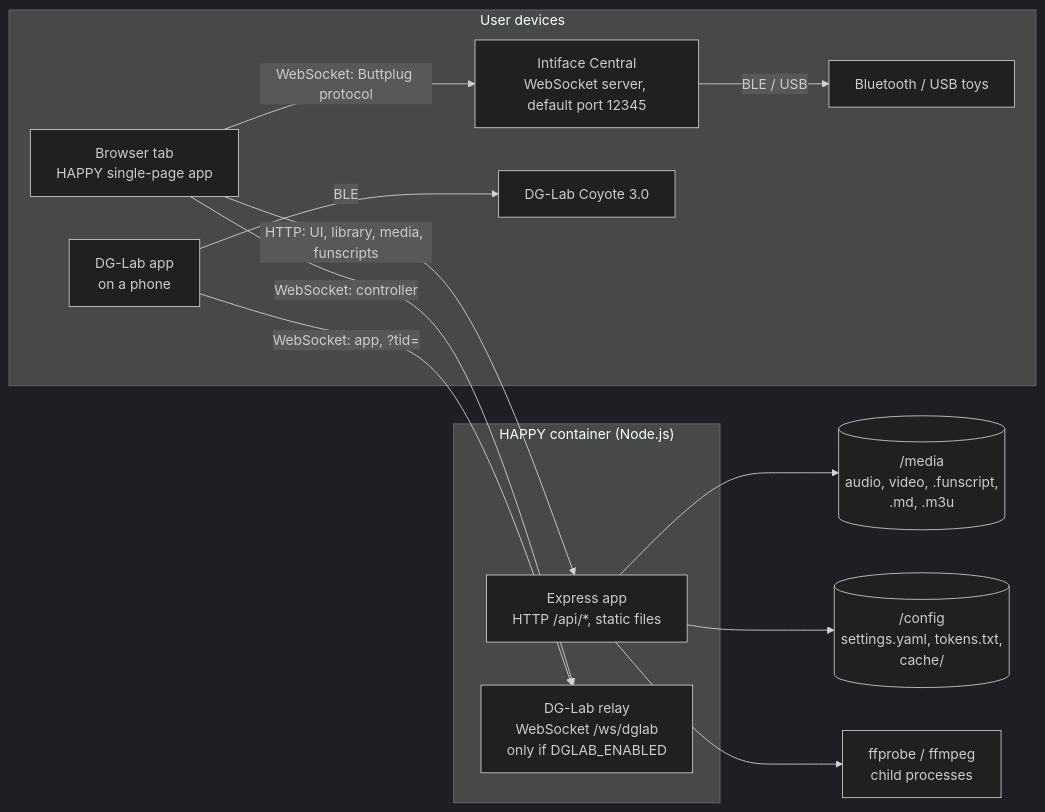
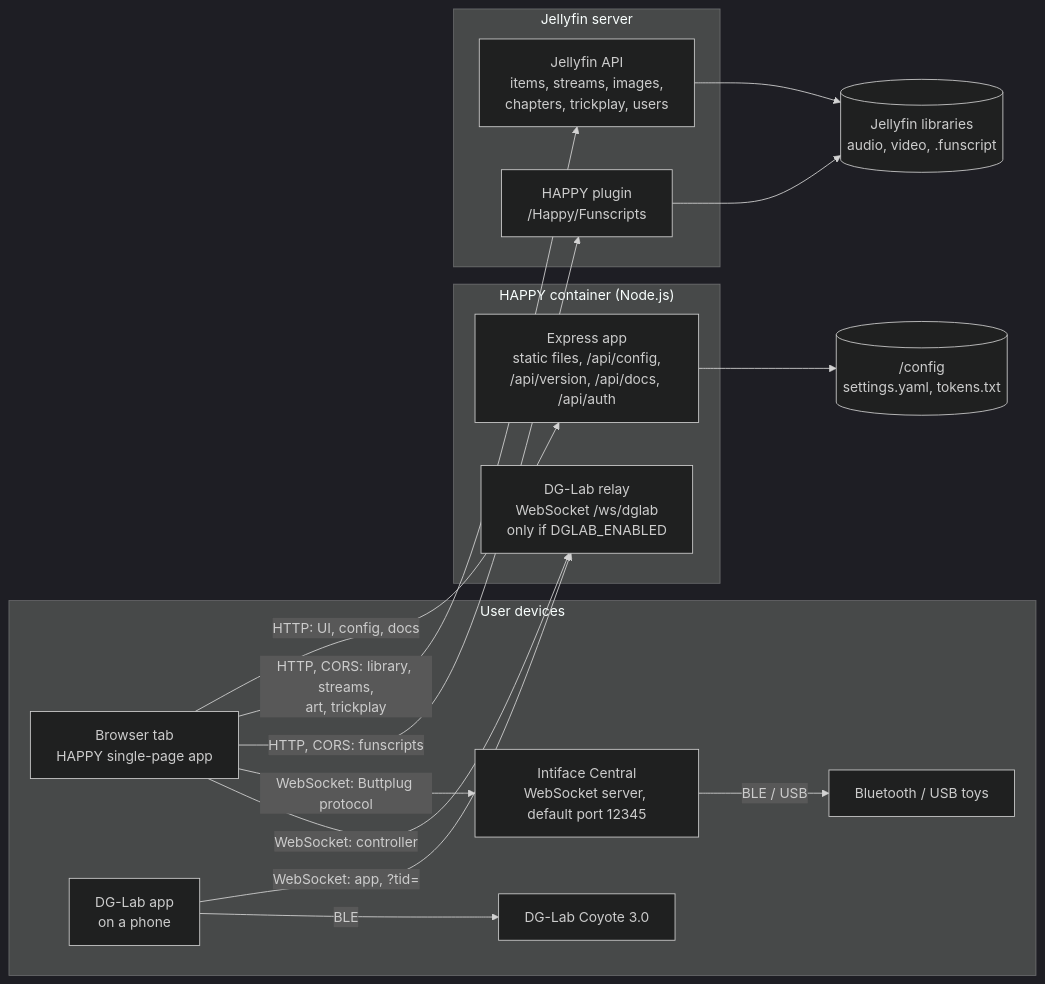
Before and after one commit to lumbar-spine-support/docker-haptic-player: the first of 3 diagrams in docs/developer/architecture.md, drawn with Mermaid (dark theme). The commit also changed other lines of this file and 16 other files, not shown here.

First line of the commit message:
docs: describe the Jellyfin-backed architecture

````diff
--- a/docs/developer/architecture.md
+++ b/docs/developer/architecture.md
@@ -11,29 +11,35 @@
 ```mermaid
 flowchart LR
   subgraph userDevices["User devices"]
     Browser["Browser tab<br/>HAPPY single-page app"]
     Intiface["Intiface Central<br/>WebSocket server, default port 12345"]
     Toys["Bluetooth / USB toys"]
     DGApp["DG-Lab app<br/>on a phone"]
     Coyote["DG-Lab Coyote 3.0"]
   end
 
   subgraph container["HAPPY container (Node.js)"]
-    Express["Express app<br/>HTTP /api/*, static files"]
+    Express["Express app<br/>static files, /api/config,<br/>/api/version, /api/docs, /api/auth"]
     Relay["DG-Lab relay<br/>WebSocket /ws/dglab<br/>only if DGLAB_ENABLED"]
   end
 
-  MediaVol[("/media<br/>audio, video, .funscript,<br/>.md, .m3u")]
-  ConfigVol[("/config<br/>settings.yaml, tokens.txt,<br/>cache/")]
-  FF["ffprobe / ffmpeg<br/>child processes"]
+  subgraph jellyfin["Jellyfin server"]
+    JF["Jellyfin API<br/>items, streams, images,<br/>chapters, trickplay, users"]
+    Plugin["HAPPY plugin<br/>/Happy/Funscripts"]
+  end
 
-  Browser -- "HTTP: UI, library, media, funscripts" --> Express
+  MediaVol[("Jellyfin libraries<br/>audio, video, .funscript")]
+  ConfigVol[("/config<br/>settings.yaml, tokens.txt")]
+
+  Browser -- "HTTP: UI, config, docs" --> Express
+  Browser -- "HTTP, CORS: library, streams,<br/>art, trickplay" --> JF
+  Browser -- "HTTP, CORS: funscripts" --> Plugin
   Browser -- "WebSocket: Buttplug protocol" --> Intiface
   Intiface -- "BLE / USB" --> Toys
   Browser -- "WebSocket: controller" --> Relay
   DGApp -- "WebSocket: app, ?tid=" --> Relay
   DGApp -- BLE --> Coyote
-  Express --> MediaVol
   Express --> ConfigVol
-  Express --> FF
+  JF --> MediaVol
+  Plugin --> MediaVol
 ```
````
